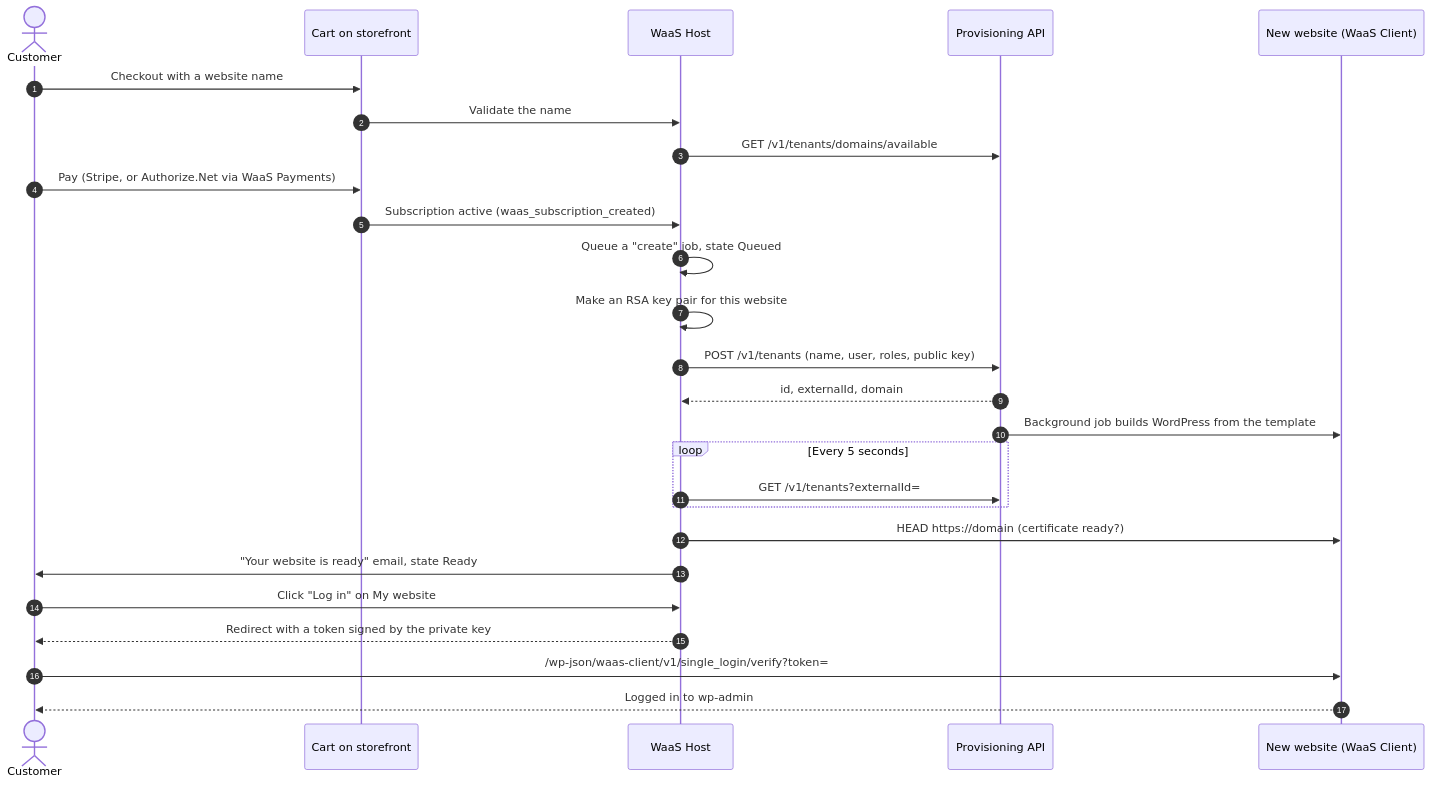
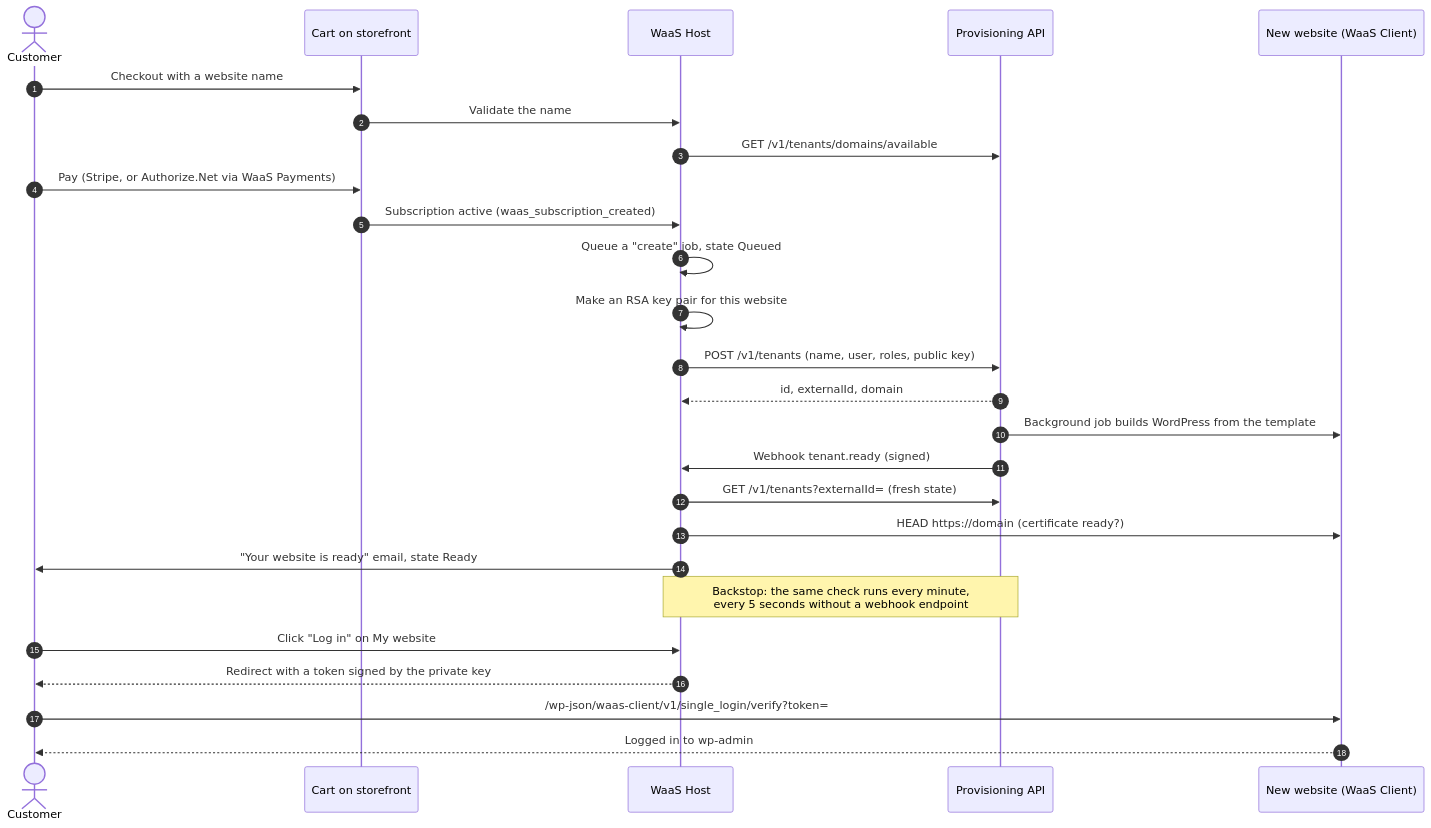
Before and after one commit to otaku-solutions/anypress-plugins: the second of 5 diagrams in docs/architecture/README.md, drawn with Mermaid. The commit also changed other lines of this file and 16 other files, not shown here.

First line of the commit message:
WaaS Host: receive the API's webhooks instead of fast polling (waas-348) (#70)

````diff
--- a/docs/architecture/README.md
+++ b/docs/architecture/README.md
@@ -70,29 +71,29 @@
 ```mermaid
 sequenceDiagram
   autonumber
   actor C as Customer
   participant CART as Cart on storefront
   participant HOST as WaaS Host
   participant API as Provisioning API
   participant ST as New website (WaaS Client)
 
   C->>CART: Checkout with a website name
   CART->>HOST: Validate the name
   HOST->>API: GET /v1/tenants/domains/available
   C->>CART: Pay (Stripe, or Authorize.Net via WaaS Payments)
   CART->>HOST: Subscription active (waas_subscription_created)
   HOST->>HOST: Queue a "create" job, state Queued
   HOST->>HOST: Make an RSA key pair for this website
   HOST->>API: POST /v1/tenants (name, user, roles, public key)
   API-->>HOST: id, externalId, domain
   API->>ST: Background job builds WordPress from the template
-  loop Every 5 seconds
-    HOST->>API: GET /v1/tenants?externalId=
-  end
+  API->>HOST: Webhook tenant.ready (signed)
+  HOST->>API: GET /v1/tenants?externalId= (fresh state)
   HOST->>ST: HEAD https://domain (certificate ready?)
   HOST->>C: "Your website is ready" email, state Ready
+  Note over HOST,API: Backstop: the same check runs every minute,<br/>every 5 seconds without a webhook endpoint
   C->>HOST: Click "Log in" on My website
   HOST-->>C: Redirect with a token signed by the private key
   C->>ST: /wp-json/waas-client/v1/single_login/verify?token=
   ST-->>C: Logged in to wp-admin
 ```
````
